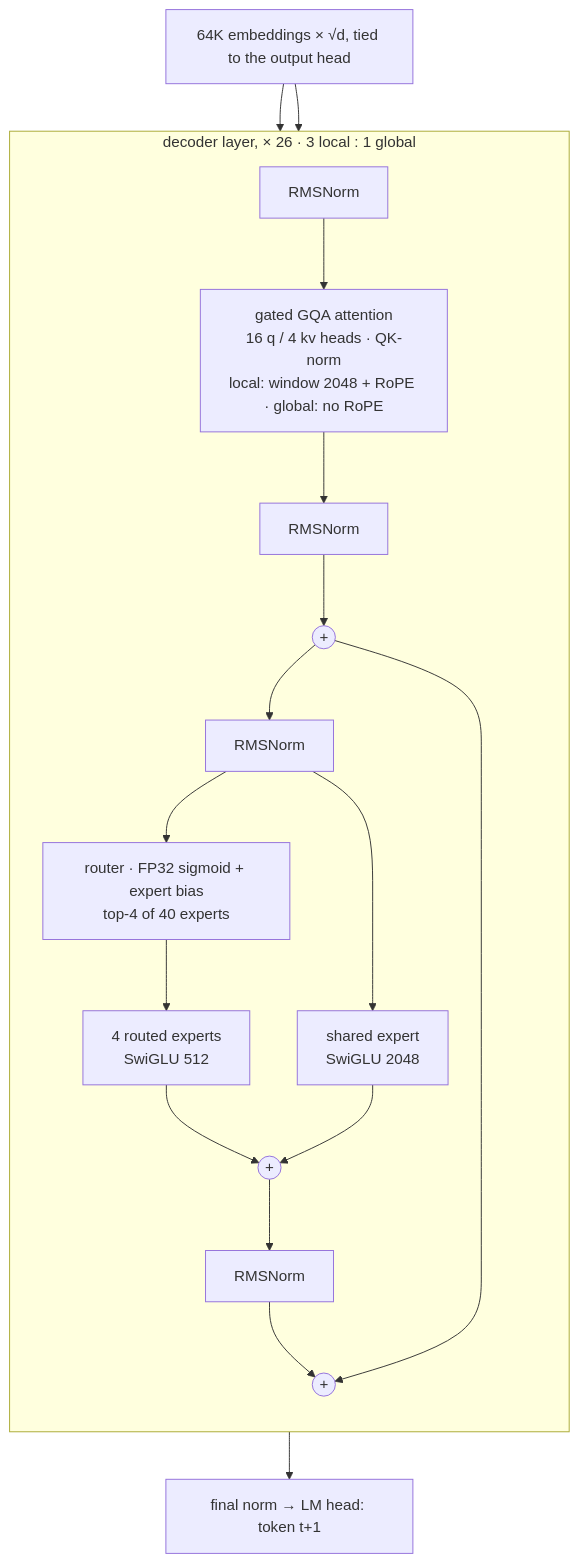
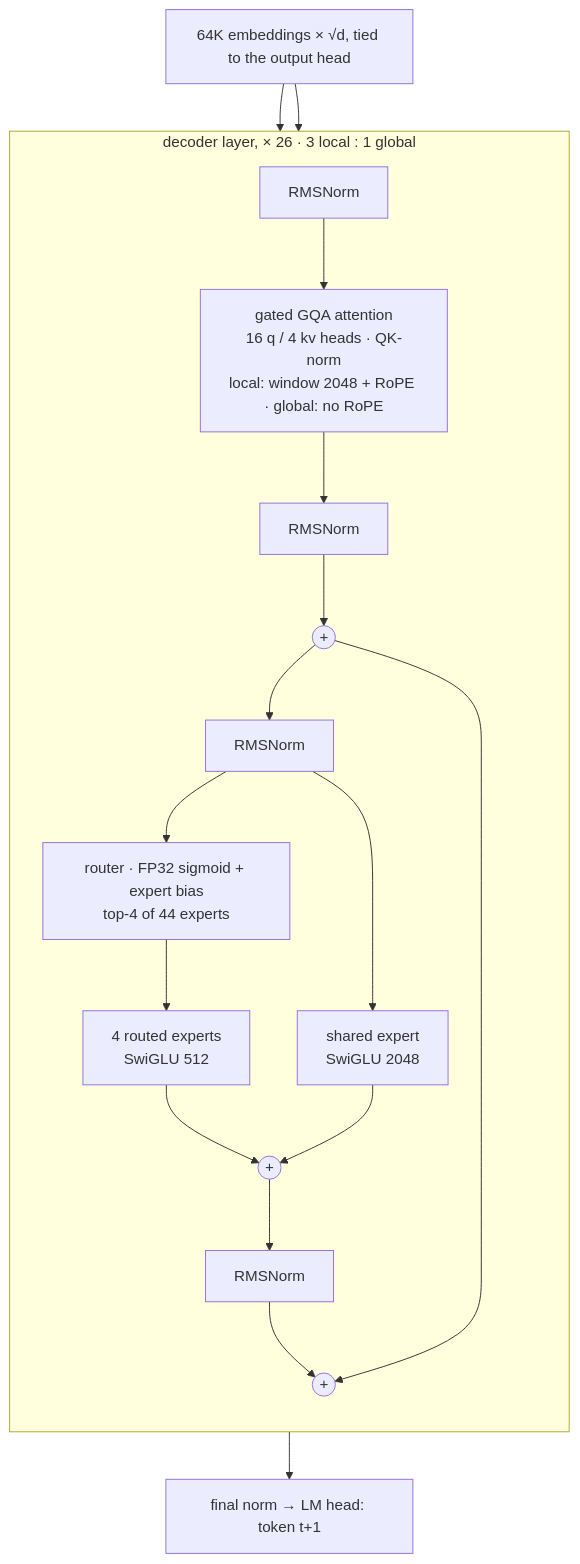
The first of 2 diagrams in README.md (FelipeGarciaRpo/ludwig-lm), drawn with Mermaid before and after one commit. The commit also changed other lines of this file and 8 other files, not shown here.

````diff
--- a/README.md
+++ b/README.md
@@ -43,22 +43,22 @@
 ```mermaid
 flowchart TB
     E["64K embeddings × √d, tied to the output head"]
     subgraph L["decoder layer, × 26 · 3 local : 1 global"]
         direction TB
         N1["RMSNorm"] --> ATT["gated GQA attention<br/>16 q / 4 kv heads · QK-norm<br/>local: window 2048 + RoPE · global: no RoPE"]
         ATT --> P1["RMSNorm"]
         P1 --> A1(("+"))
         A1 --> N2["RMSNorm"]
-        N2 --> R["router · FP32 sigmoid + expert bias<br/>top-4 of 40 experts"]
+        N2 --> R["router · FP32 sigmoid + expert bias<br/>top-4 of 44 experts"]
         R --> EX["4 routed experts<br/>SwiGLU 512"]
         N2 --> SH["shared expert<br/>SwiGLU 2048"]
         EX --> A2(("+"))
         SH --> A2
         A2 --> P2["RMSNorm"]
         P2 --> A3(("+"))
         A1 --> A3
     end
     E --> N1
     E --> A1
     A3 --> H["final norm → LM head: token t+1"]
 ```
````
